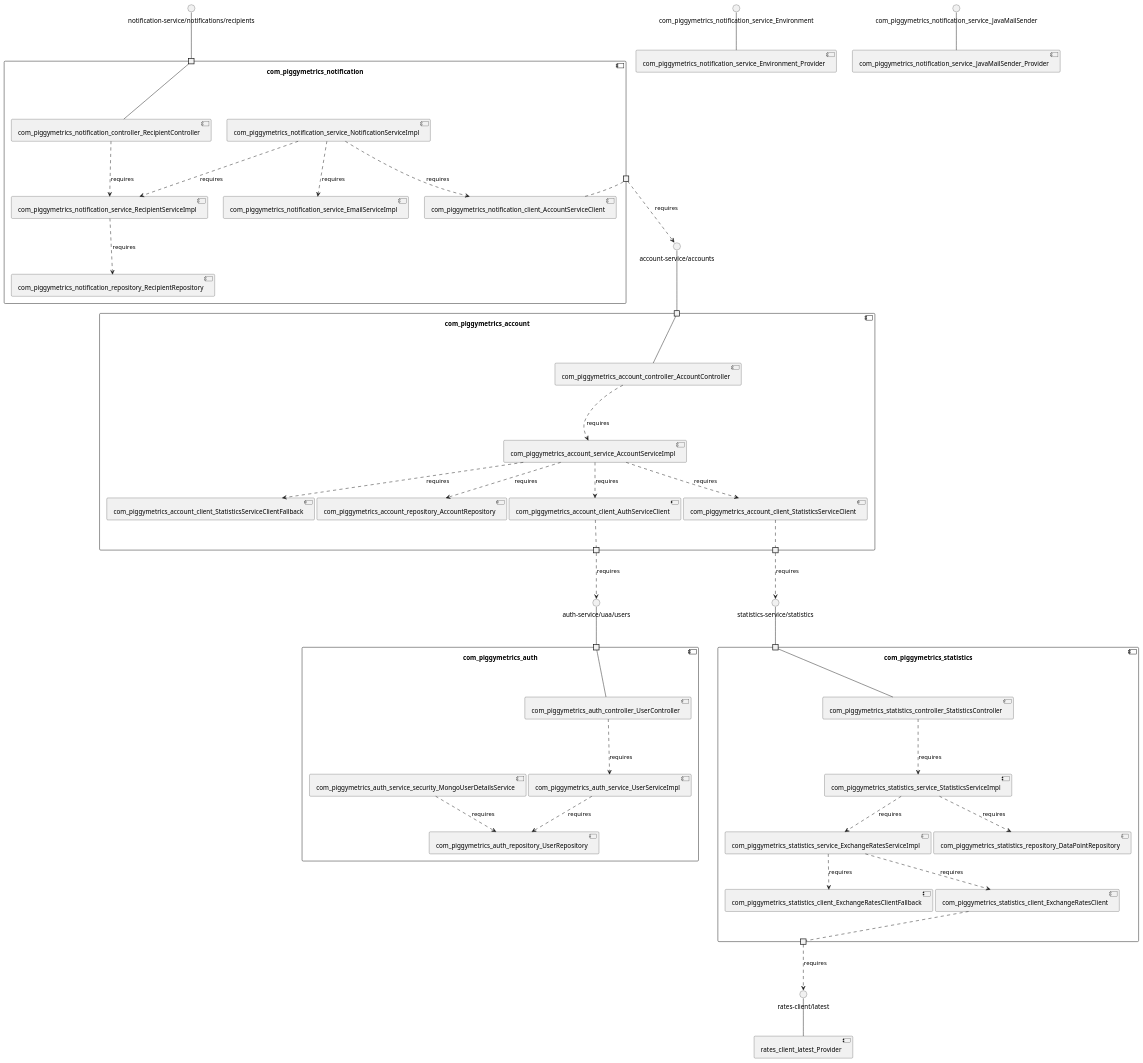
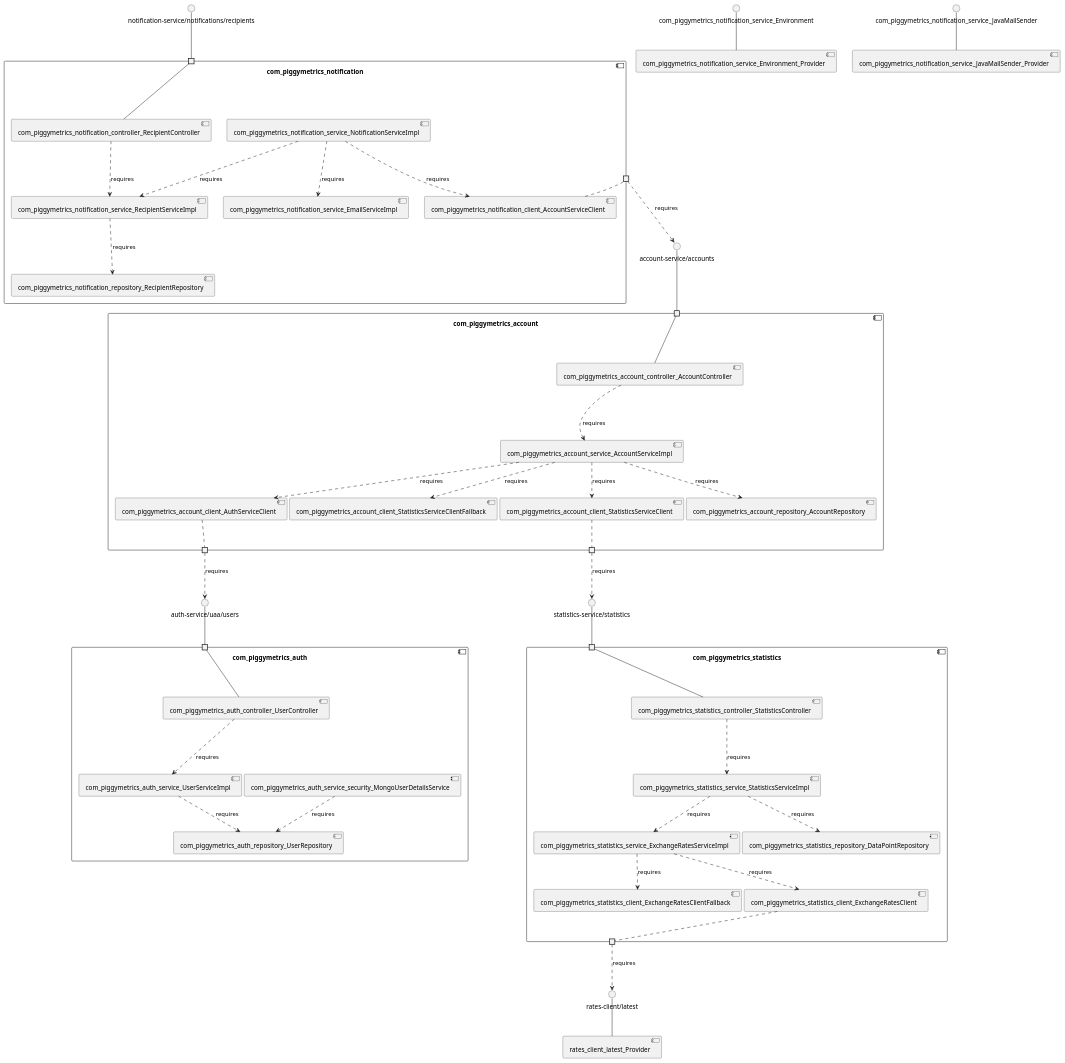
Before and after one commit to MSt-10/Palladio-ReverseEngineering-Benchmark: the diagram in sqshq-piggymetrics/model_re/uml/componentDiagram.puml, drawn with PlantUML. The commit also changed other lines of this file and 282 other files, not shown here.

```diff
--- a/sqshq-piggymetrics/model_re/uml/componentDiagram.puml
+++ b/sqshq-piggymetrics/model_re/uml/componentDiagram.puml
@@ -1,91 +1,91 @@
 @startuml
 skinparam fixCircleLabelOverlapping true
 skinparam componentStyle uml2
 component "com_piggymetrics_account\n\n\n\n\n\n" {
-[com_piggymetrics_account_service_AccountServiceImpl]
-[com_piggymetrics_account_client_AuthServiceClient]
-[com_piggymetrics_account_client_StatisticsServiceClientFallback]
 [com_piggymetrics_account_repository_AccountRepository]
 [com_piggymetrics_account_client_StatisticsServiceClient]
+[com_piggymetrics_account_service_AccountServiceImpl]
+[com_piggymetrics_account_client_StatisticsServiceClientFallback]
+[com_piggymetrics_account_client_AuthServiceClient]
 [com_piggymetrics_account_controller_AccountController]
 portin " " as com_piggymetrics_account_requires_account_service_accounts
 portout " " as com_piggymetrics_account_provides_auth_service_uaa_users
 portout " " as com_piggymetrics_account_provides_statistics_service_statistics
-[com_piggymetrics_account_service_AccountServiceImpl]..>[com_piggymetrics_account_client_StatisticsServiceClientFallback] : requires
+[com_piggymetrics_account_service_AccountServiceImpl]..>[com_piggymetrics_account_client_AuthServiceClient] : requires
+[com_piggymetrics_account_service_AccountServiceImpl]..>[com_piggymetrics_account_repository_AccountRepository] : requires
 [com_piggymetrics_account_service_AccountServiceImpl]..>[com_piggymetrics_account_client_StatisticsServiceClient] : requires
 [com_piggymetrics_account_controller_AccountController]..>[com_piggymetrics_account_service_AccountServiceImpl] : requires
-[com_piggymetrics_account_service_AccountServiceImpl]..>[com_piggymetrics_account_repository_AccountRepository] : requires
-[com_piggymetrics_account_service_AccountServiceImpl]..>[com_piggymetrics_account_client_AuthServiceClient] : requires
+[com_piggymetrics_account_service_AccountServiceImpl]..>[com_piggymetrics_account_client_StatisticsServiceClientFallback] : requires
 "com_piggymetrics_account_requires_account_service_accounts"--[com_piggymetrics_account_controller_AccountController]
 [com_piggymetrics_account_client_StatisticsServiceClient].."com_piggymetrics_account_provides_statistics_service_statistics"
 [com_piggymetrics_account_client_AuthServiceClient].."com_piggymetrics_account_provides_auth_service_uaa_users"
 }
 interface "account-service/accounts" as interface.account_service_accounts
 interface.account_service_accounts--"com_piggymetrics_account_requires_account_service_accounts"
 interface "auth-service/uaa/users" as interface.auth_service_uaa_users
 "com_piggymetrics_account_provides_auth_service_uaa_users"..>interface.auth_service_uaa_users : requires
 interface "statistics-service/statistics" as interface.statistics_service_statistics
 "com_piggymetrics_account_provides_statistics_service_statistics"..>interface.statistics_service_statistics : requires
 component "com_piggymetrics_auth\n\n\n\n\n\n" {
+[com_piggymetrics_auth_service_UserServiceImpl]
+[com_piggymetrics_auth_controller_UserController]
+[com_piggymetrics_auth_service_security_MongoUserDetailsService]
 [com_piggymetrics_auth_repository_UserRepository]
-[com_piggymetrics_auth_service_security_MongoUserDetailsService]
-[com_piggymetrics_auth_controller_UserController]
-[com_piggymetrics_auth_service_UserServiceImpl]
 portin " " as com_piggymetrics_auth_requires_auth_service_uaa_users
+[com_piggymetrics_auth_controller_UserController]..>[com_piggymetrics_auth_service_UserServiceImpl] : requires
 [com_piggymetrics_auth_service_security_MongoUserDetailsService]..>[com_piggymetrics_auth_repository_UserRepository] : requires
-[com_piggymetrics_auth_controller_UserController]..>[com_piggymetrics_auth_service_UserServiceImpl] : requires
 [com_piggymetrics_auth_service_UserServiceImpl]..>[com_piggymetrics_auth_repository_UserRepository] : requires
 "com_piggymetrics_auth_requires_auth_service_uaa_users"--[com_piggymetrics_auth_controller_UserController]
 }
 interface "auth-service/uaa/users" as interface.auth_service_uaa_users
 interface.auth_service_uaa_users--"com_piggymetrics_auth_requires_auth_service_uaa_users"
 component "com_piggymetrics_notification\n\n\n\n\n\n" {
+[com_piggymetrics_notification_service_EmailServiceImpl]
+[com_piggymetrics_notification_repository_RecipientRepository]
+[com_piggymetrics_notification_client_AccountServiceClient]
 [com_piggymetrics_notification_controller_RecipientController]
 [com_piggymetrics_notification_service_RecipientServiceImpl]
-[com_piggymetrics_notification_client_AccountServiceClient]
-[com_piggymetrics_notification_service_EmailServiceImpl]
 [com_piggymetrics_notification_service_NotificationServiceImpl]
-[com_piggymetrics_notification_repository_RecipientRepository]
 portin " " as com_piggymetrics_notification_requires_notification_service_notifications_recipients
 portout " " as com_piggymetrics_notification_provides_account_service_accounts
+[com_piggymetrics_notification_service_NotificationServiceImpl]..>[com_piggymetrics_notification_service_EmailServiceImpl] : requires
+[com_piggymetrics_notification_service_RecipientServiceImpl]..>[com_piggymetrics_notification_repository_RecipientRepository] : requires
+[com_piggymetrics_notification_controller_RecipientController]..>[com_piggymetrics_notification_service_RecipientServiceImpl] : requires
 [com_piggymetrics_notification_service_NotificationServiceImpl]..>[com_piggymetrics_notification_client_AccountServiceClient] : requires
-[com_piggymetrics_notification_service_RecipientServiceImpl]..>[com_piggymetrics_notification_repository_RecipientRepository] : requires
 [com_piggymetrics_notification_service_NotificationServiceImpl]..>[com_piggymetrics_notification_service_RecipientServiceImpl] : requires
-[com_piggymetrics_notification_service_NotificationServiceImpl]..>[com_piggymetrics_notification_service_EmailServiceImpl] : requires
-[com_piggymetrics_notification_controller_RecipientController]..>[com_piggymetrics_notification_service_RecipientServiceImpl] : requires
 "com_piggymetrics_notification_requires_notification_service_notifications_recipients"--[com_piggymetrics_notification_controller_RecipientController]
 [com_piggymetrics_notification_client_AccountServiceClient].."com_piggymetrics_notification_provides_account_service_accounts"
 }
 interface "notification-service/notifications/recipients" as interface.notification_service_notifications_recipients
 interface.notification_service_notifications_recipients--"com_piggymetrics_notification_requires_notification_service_notifications_recipients"
 interface "account-service/accounts" as interface.account_service_accounts
 "com_piggymetrics_notification_provides_account_service_accounts"..>interface.account_service_accounts : requires
 component "com_piggymetrics_statistics\n\n\n\n\n\n" {
 [com_piggymetrics_statistics_client_ExchangeRatesClient]
 [com_piggymetrics_statistics_repository_DataPointRepository]
+[com_piggymetrics_statistics_client_ExchangeRatesClientFallback]
+[com_piggymetrics_statistics_service_ExchangeRatesServiceImpl]
 [com_piggymetrics_statistics_controller_StatisticsController]
 [com_piggymetrics_statistics_service_StatisticsServiceImpl]
-[com_piggymetrics_statistics_service_ExchangeRatesServiceImpl]
-[com_piggymetrics_statistics_client_ExchangeRatesClientFallback]
 portin " " as com_piggymetrics_statistics_requires_statistics_service_statistics
 portout " " as com_piggymetrics_statistics_provides_rates_client_latest
+[com_piggymetrics_statistics_service_ExchangeRatesServiceImpl]..>[com_piggymetrics_statistics_client_ExchangeRatesClient] : requires
+[com_piggymetrics_statistics_service_ExchangeRatesServiceImpl]..>[com_piggymetrics_statistics_client_ExchangeRatesClientFallback] : requires
+[com_piggymetrics_statistics_service_StatisticsServiceImpl]..>[com_piggymetrics_statistics_service_ExchangeRatesServiceImpl] : requires
 [com_piggymetrics_statistics_controller_StatisticsController]..>[com_piggymetrics_statistics_service_StatisticsServiceImpl] : requires
-[com_piggymetrics_statistics_service_StatisticsServiceImpl]..>[com_piggymetrics_statistics_service_ExchangeRatesServiceImpl] : requires
-[com_piggymetrics_statistics_service_ExchangeRatesServiceImpl]..>[com_piggymetrics_statistics_client_ExchangeRatesClientFallback] : requires
-[com_piggymetrics_statistics_service_ExchangeRatesServiceImpl]..>[com_piggymetrics_statistics_client_ExchangeRatesClient] : requires
 [com_piggymetrics_statistics_service_StatisticsServiceImpl]..>[com_piggymetrics_statistics_repository_DataPointRepository] : requires
 "com_piggymetrics_statistics_requires_statistics_service_statistics"--[com_piggymetrics_statistics_controller_StatisticsController]
 [com_piggymetrics_statistics_client_ExchangeRatesClient].."com_piggymetrics_statistics_provides_rates_client_latest"
 }
 interface "statistics-service/statistics" as interface.statistics_service_statistics
 interface.statistics_service_statistics--"com_piggymetrics_statistics_requires_statistics_service_statistics"
 interface "rates-client/latest" as interface.rates_client_latest
 "com_piggymetrics_statistics_provides_rates_client_latest"..>interface.rates_client_latest : requires
 interface "com_piggymetrics_notification_service_Environment" as interface.com_piggymetrics_notification_service_Environment
 interface.com_piggymetrics_notification_service_Environment--[com_piggymetrics_notification_service_Environment_Provider]
 interface "com_piggymetrics_notification_service_JavaMailSender" as interface.com_piggymetrics_notification_service_JavaMailSender
 interface.com_piggymetrics_notification_service_JavaMailSender--[com_piggymetrics_notification_service_JavaMailSender_Provider]
 interface "rates-client/latest" as interface.rates_client_latest
 interface.rates_client_latest--[rates_client_latest_Provider]
 
 @enduml
```
